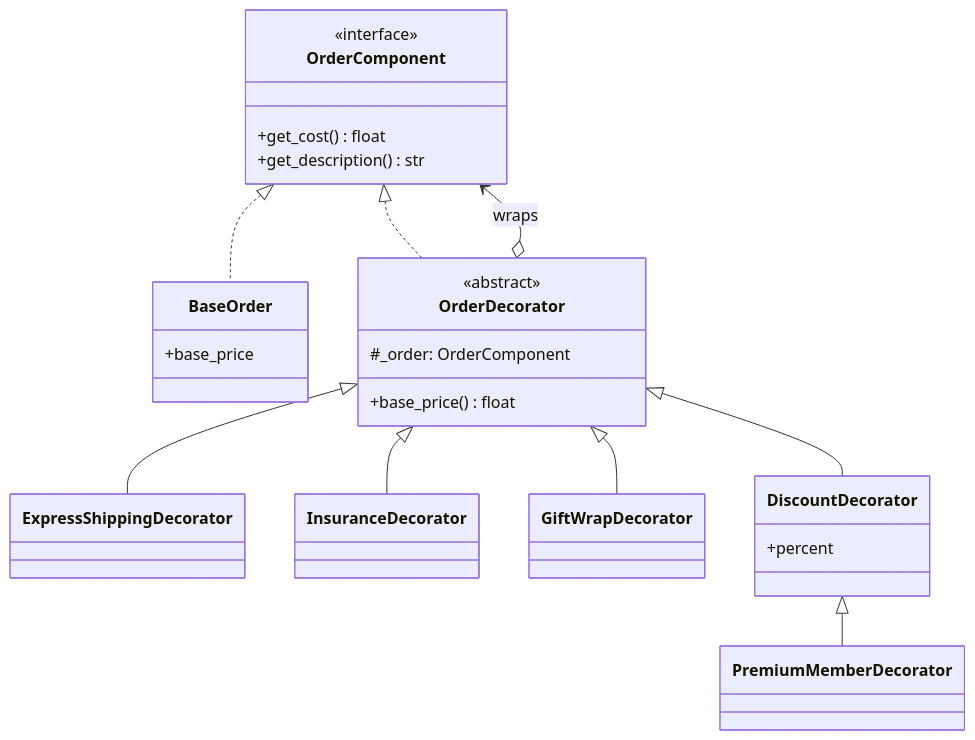
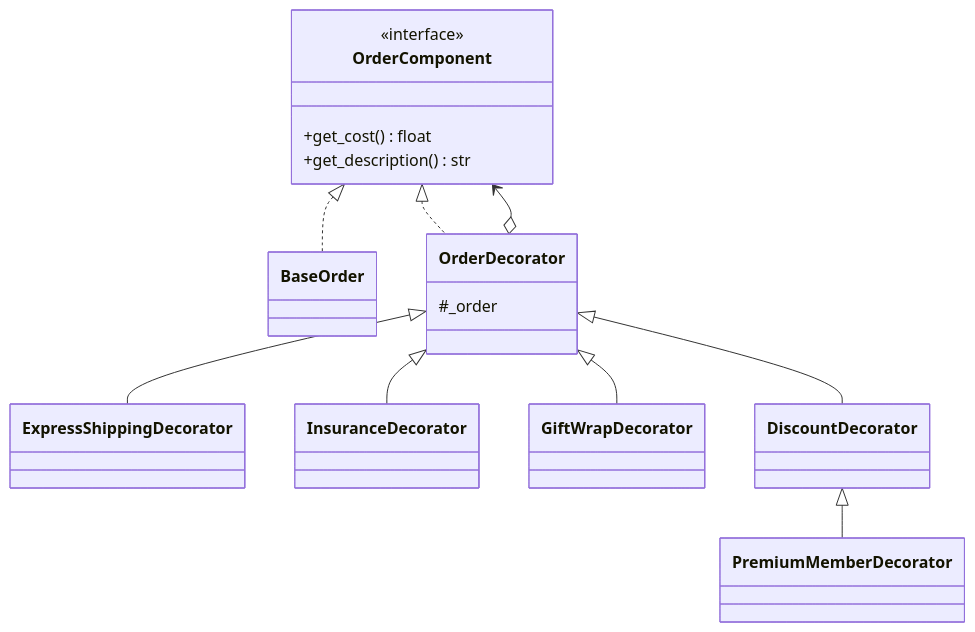
Before and after one commit to mathislepoutre1/oop-python-exercises: the fifth of 7 diagrams in 05-design-patterns/README.md, drawn with Mermaid. The commit also changed other lines of this file and 8 other files, not shown here.

````diff
--- a/05-design-patterns/README.md
+++ b/05-design-patterns/README.md
@@ -145,31 +115,25 @@
 ```mermaid
 classDiagram
     class OrderComponent {
         <<interface>>
         +get_cost() float
         +get_description() str
     }
-    class BaseOrder {
-        +base_price
-    }
+    class BaseOrder
     class OrderDecorator {
-        <<abstract>>
-        #_order: OrderComponent
-        +base_price() float
+        #_order
     }
     class ExpressShippingDecorator
     class InsuranceDecorator
     class GiftWrapDecorator
-    class DiscountDecorator {
-        +percent
-    }
+    class DiscountDecorator
     class PremiumMemberDecorator
     OrderComponent <|.. BaseOrder
     OrderComponent <|.. OrderDecorator
-    OrderDecorator o--> OrderComponent : wraps
+    OrderDecorator o--> OrderComponent
     OrderDecorator <|-- ExpressShippingDecorator
     OrderDecorator <|-- InsuranceDecorator
     OrderDecorator <|-- GiftWrapDecorator
     OrderDecorator <|-- DiscountDecorator
     DiscountDecorator <|-- PremiumMemberDecorator
 ```
````
